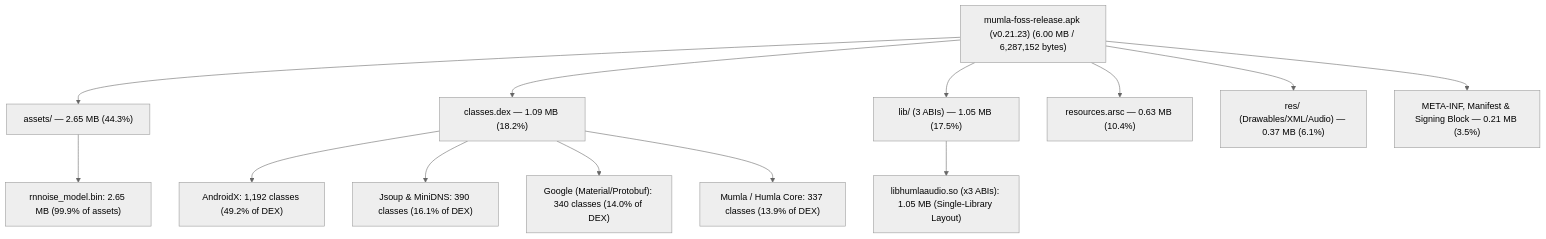
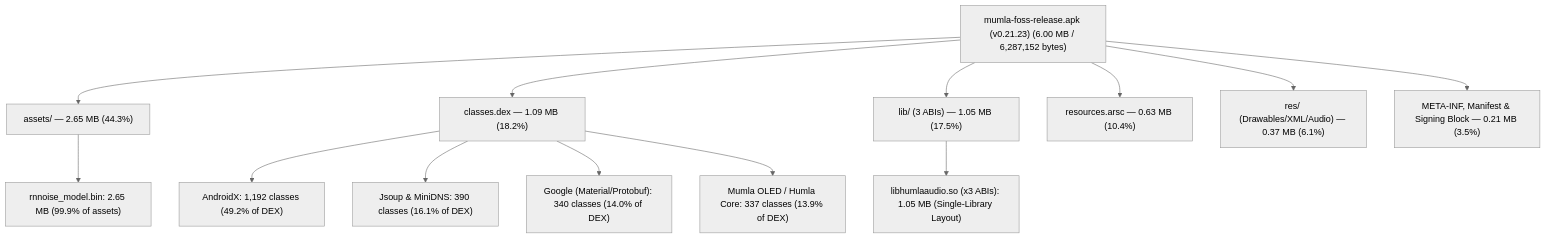
The first of 3 diagrams in docs/apk-size-analysis/README-0.21.23.md (360ied/mumla-oled), drawn with Mermaid (neutral theme) before and after one commit. The commit also changed other lines of this file, not shown here.

````diff
--- a/docs/apk-size-analysis/README-0.21.23.md
+++ b/docs/apk-size-analysis/README-0.21.23.md
@@ -14,17 +14,17 @@
 ```mermaid
 flowchart TD
     APK["mumla-foss-release.apk (v0.21.23) (6.00 MB / 6,287,152 bytes)"]
     APK --> ASSETS["assets/ — 2.65 MB (44.3%)"]
     APK --> DEX["classes.dex — 1.09 MB (18.2%)"]
     APK --> LIB["lib/ (3 ABIs) — 1.05 MB (17.5%)"]
     APK --> ARSC["resources.arsc — 0.63 MB (10.4%)"]
     APK --> RES["res/ (Drawables/XML/Audio) — 0.37 MB (6.1%)"]
     APK --> META["META-INF, Manifest & Signing Block — 0.21 MB (3.5%)"]
 
     ASSETS --> RNN["rnnoise_model.bin: 2.65 MB (99.9% of assets)"]
     DEX --> AX["AndroidX: 1,192 classes (49.2% of DEX)"]
     DEX --> ORG["Jsoup & MiniDNS: 390 classes (16.1% of DEX)"]
     DEX --> GG["Google (Material/Protobuf): 340 classes (14.0% of DEX)"]
-    DEX --> MUM["Mumla / Humla Core: 337 classes (13.9% of DEX)"]
+    DEX --> MUM["Mumla OLED / Humla Core: 337 classes (13.9% of DEX)"]
     LIB --> HUMLA["libhumlaaudio.so (x3 ABIs): 1.05 MB (Single-Library Layout)"]
 ```
````
